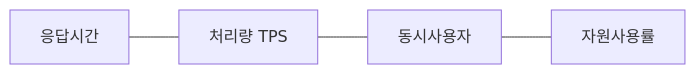
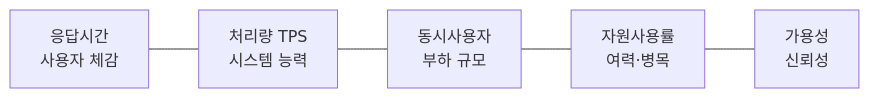
Before and after one commit to coninggu/wjdqhrhksflrltnftk: the diagram in content/performance-requirements.md, drawn with Mermaid. The commit also changed other lines of this file and 6 other files, not shown here.

````diff
--- a/content/performance-requirements.md
+++ b/content/performance-requirements.md
@@ -14,6 +15,7 @@
 ```mermaid
 flowchart LR
-  R[응답시간] --- T[처리량 TPS]
-  T --- C[동시사용자]
-  C --- U[자원사용률]
+  R[응답시간<br/>사용자 체감] --- T[처리량 TPS<br/>시스템 능력]
+  T --- C[동시사용자<br/>부하 규모]
+  C --- U[자원사용률<br/>여력·병목]
+  U --- A[가용성<br/>신뢰성]
 ```
````
